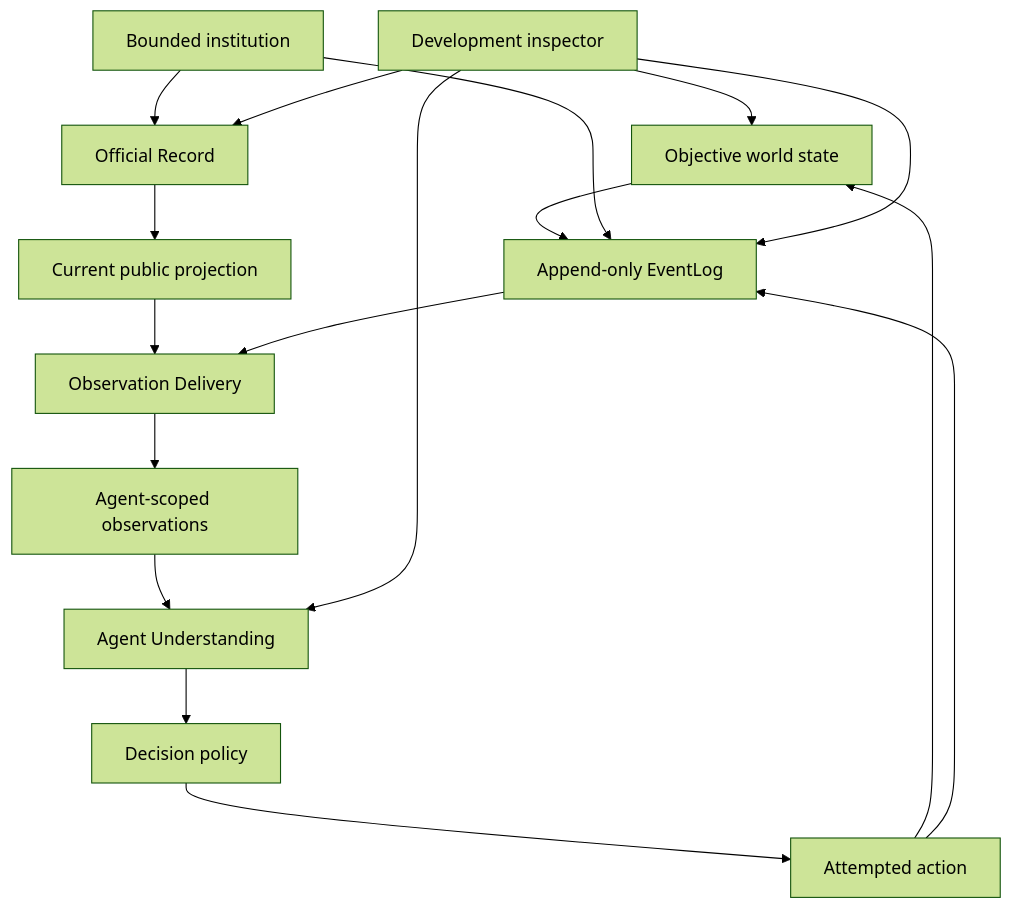
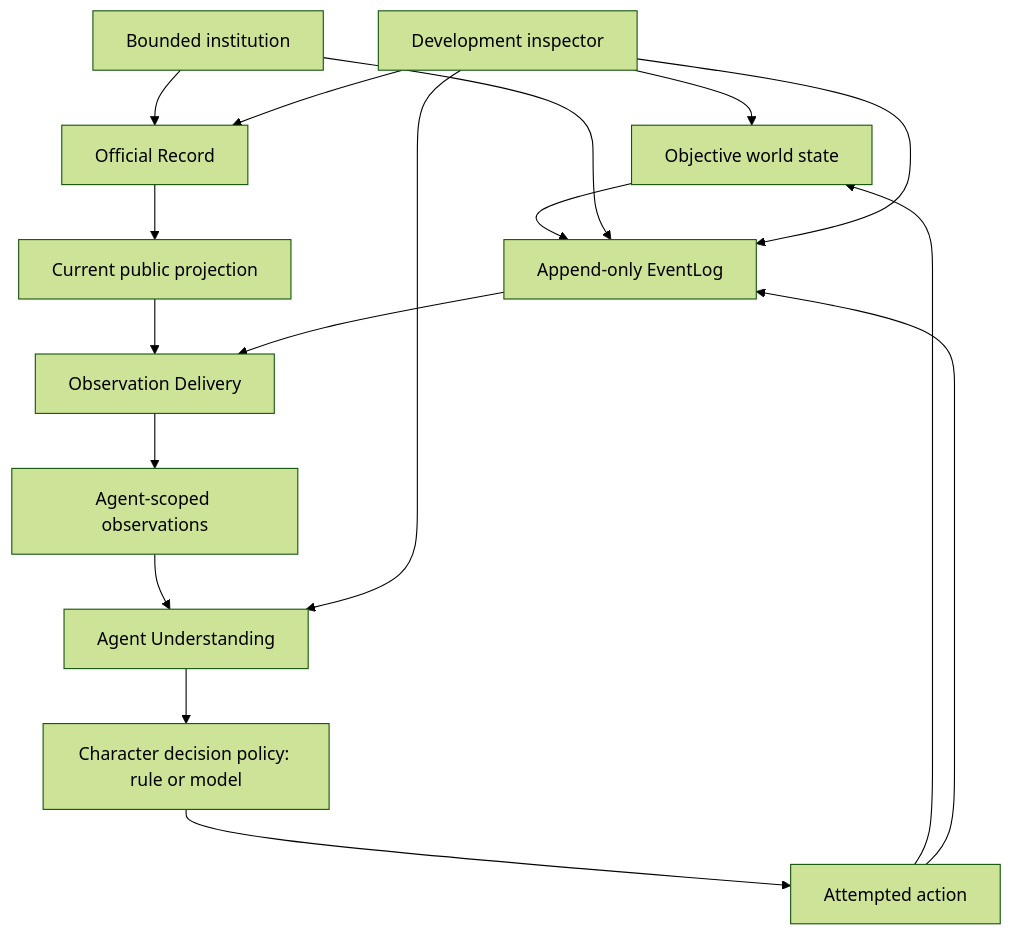
The first of 2 diagrams in docs/plans/LIE_AND_DOUBLETHINK_ARCHITECTURE.md (anuda-d/2084), drawn with Mermaid (forest theme) before and after one commit. The commit also changed other lines of this file and 6 other files, not shown here.

Commit message:
Activate model-backed focal character goal

````diff
--- a/docs/plans/LIE_AND_DOUBLETHINK_ARCHITECTURE.md
+++ b/docs/plans/LIE_AND_DOUBLETHINK_ARCHITECTURE.md
@@ -49,19 +52,19 @@
 ```mermaid
 flowchart TD
     W[Objective world state] --> E[Append-only EventLog]
     I[Bounded institution] --> R[Official Record]
     I --> E
     R --> P[Current public projection]
     P --> D[Observation Delivery]
     E --> D
     D --> O[Agent-scoped observations]
     O --> U[Agent Understanding]
-    U --> Q[Decision policy]
+    U --> Q["Character decision policy: rule or model"]
     Q --> A[Attempted action]
     A --> W
     A --> E
     X[Development inspector] --> W
     X --> E
     X --> R
     X --> U
 ```
````
